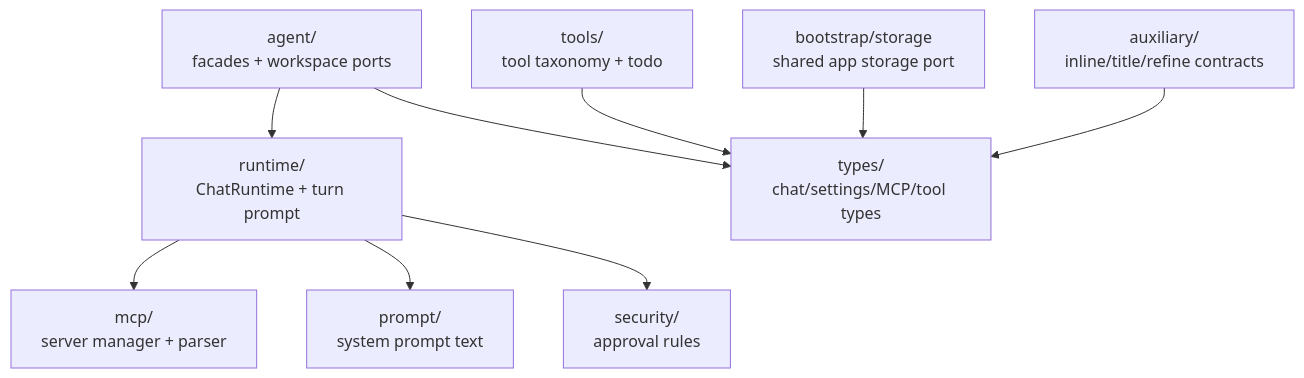
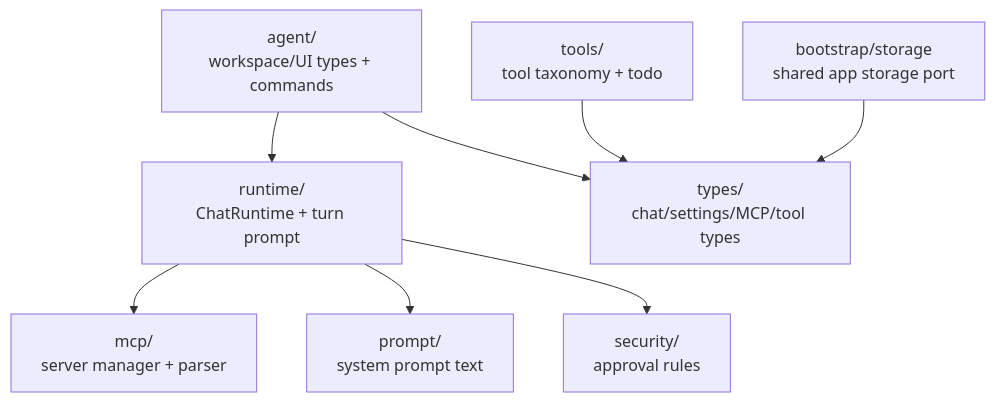
Before and after one commit to shuuul/obsidian-pivi: the diagram in src/core/AGENTS.md, drawn with Mermaid. The commit also changed other lines of this file and 155 other files, not shown here.

````diff
--- a/src/core/AGENTS.md
+++ b/src/core/AGENTS.md
@@ -7,11 +7,10 @@
 ```mermaid
 flowchart TD
-  Agent["agent/<br/>facades + workspace ports"] --> Runtime["runtime/<br/>ChatRuntime + turn prompt"]
+  Agent["agent/<br/>workspace/UI types + commands"] --> Runtime["runtime/<br/>ChatRuntime + turn prompt"]
   Agent --> Types["types/<br/>chat/settings/MCP/tool types"]
   Runtime --> Mcp["mcp/<br/>server manager + parser"]
   Runtime --> Prompt["prompt/<br/>system prompt text"]
   Runtime --> Security["security/<br/>approval rules"]
   Tools["tools/<br/>tool taxonomy + todo"] --> Types
   Bootstrap["bootstrap/storage<br/>shared app storage port"] --> Types
-  Aux["auxiliary/<br/>inline/title/refine contracts"] --> Types
 ```
````
